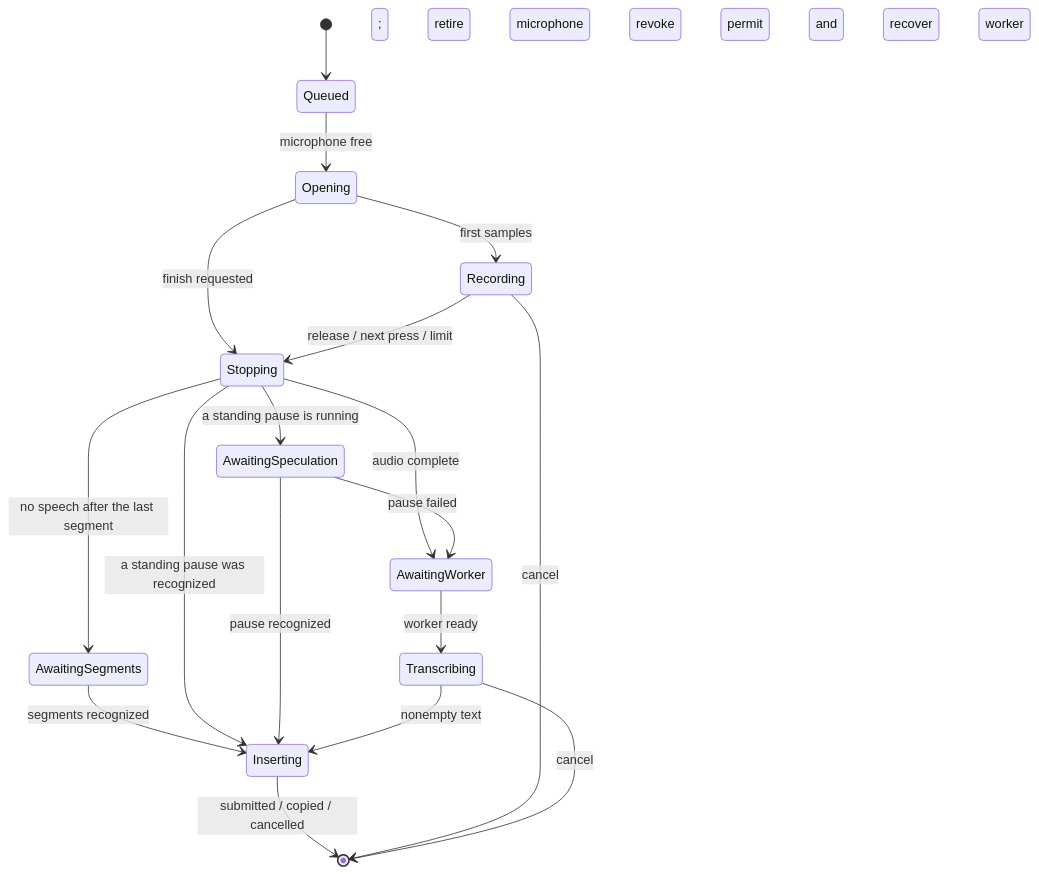
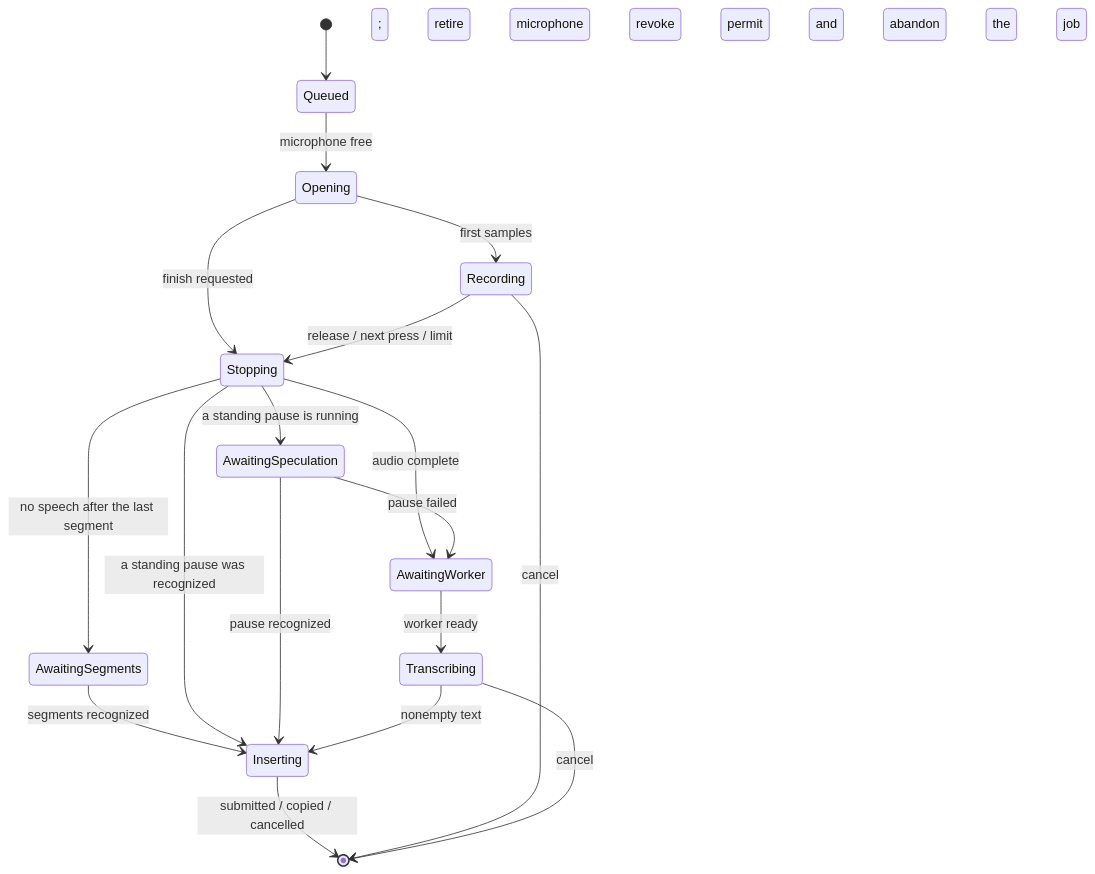
One commit to KrishRVH/speakeasy changed the second of 2 diagrams in docs/architecture.md. Above: the diagram before and after it, drawn with Mermaid. The commit also changed other lines of this file and 8 other files, not shown here.

````diff
--- a/docs/architecture.md
+++ b/docs/architecture.md
@@ -95,20 +95,20 @@
 ```mermaid
 stateDiagram-v2
     [*] --> Queued
     Queued --> Opening: microphone free
     Opening --> Recording: first samples
     Opening --> Stopping: finish requested
     Recording --> Stopping: release / next press / limit
     Stopping --> AwaitingWorker: audio complete; retire microphone
     Stopping --> AwaitingSegments: no speech after the last segment
     AwaitingSegments --> Inserting: segments recognized
     Stopping --> Inserting: a standing pause was recognized
     Stopping --> AwaitingSpeculation: a standing pause is running
     AwaitingSpeculation --> Inserting: pause recognized
     AwaitingSpeculation --> AwaitingWorker: pause failed
     AwaitingWorker --> Transcribing: worker ready
     Transcribing --> Inserting: nonempty text
     Inserting --> [*]: submitted / copied / cancelled
     Recording --> [*]: cancel; revoke permit and retire
-    Transcribing --> [*]: cancel; revoke permit and recover worker
+    Transcribing --> [*]: cancel; revoke permit and abandon the job
 ```
````
